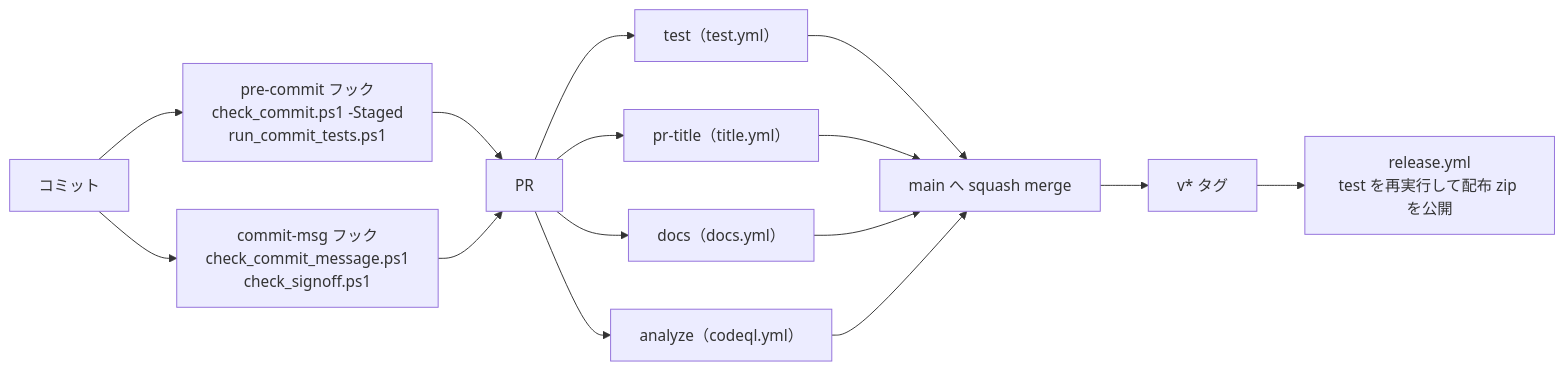
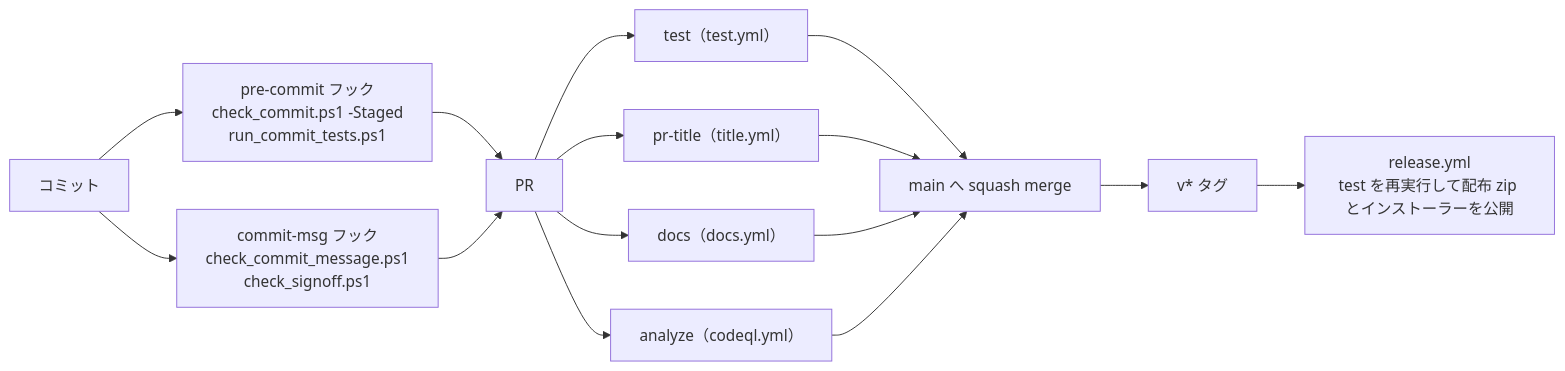
The diagram in docs/00_共通_3_テスト.md (hsgwa/tebunko), drawn with Mermaid before and after one commit. The commit also changed other lines of this file and 10 other files, not shown here.

````diff
--- a/docs/00_共通_3_テスト.md
+++ b/docs/00_共通_3_テスト.md
@@ -25,12 +25,12 @@
 ```mermaid
 flowchart LR
     C["コミット"] --> H1["pre-commit フック<br>check_commit.ps1 -Staged<br>run_commit_tests.ps1"]
     C --> H2["commit-msg フック<br>check_commit_message.ps1<br>check_signoff.ps1"]
     H1 & H2 --> PR["PR"]
     PR --> R1["test（test.yml）"]
     PR --> R2["pr-title（title.yml）"]
     PR --> R3["docs（docs.yml）"]
     PR --> R4["analyze（codeql.yml）"]
     R1 & R2 & R3 & R4 --> M["main へ squash merge"]
-    M --> T["v* タグ"] --> REL["release.yml<br>test を再実行して配布 zip を公開"]
+    M --> T["v* タグ"] --> REL["release.yml<br>test を再実行して配布 zip とインストーラーを公開"]
 ```
````
